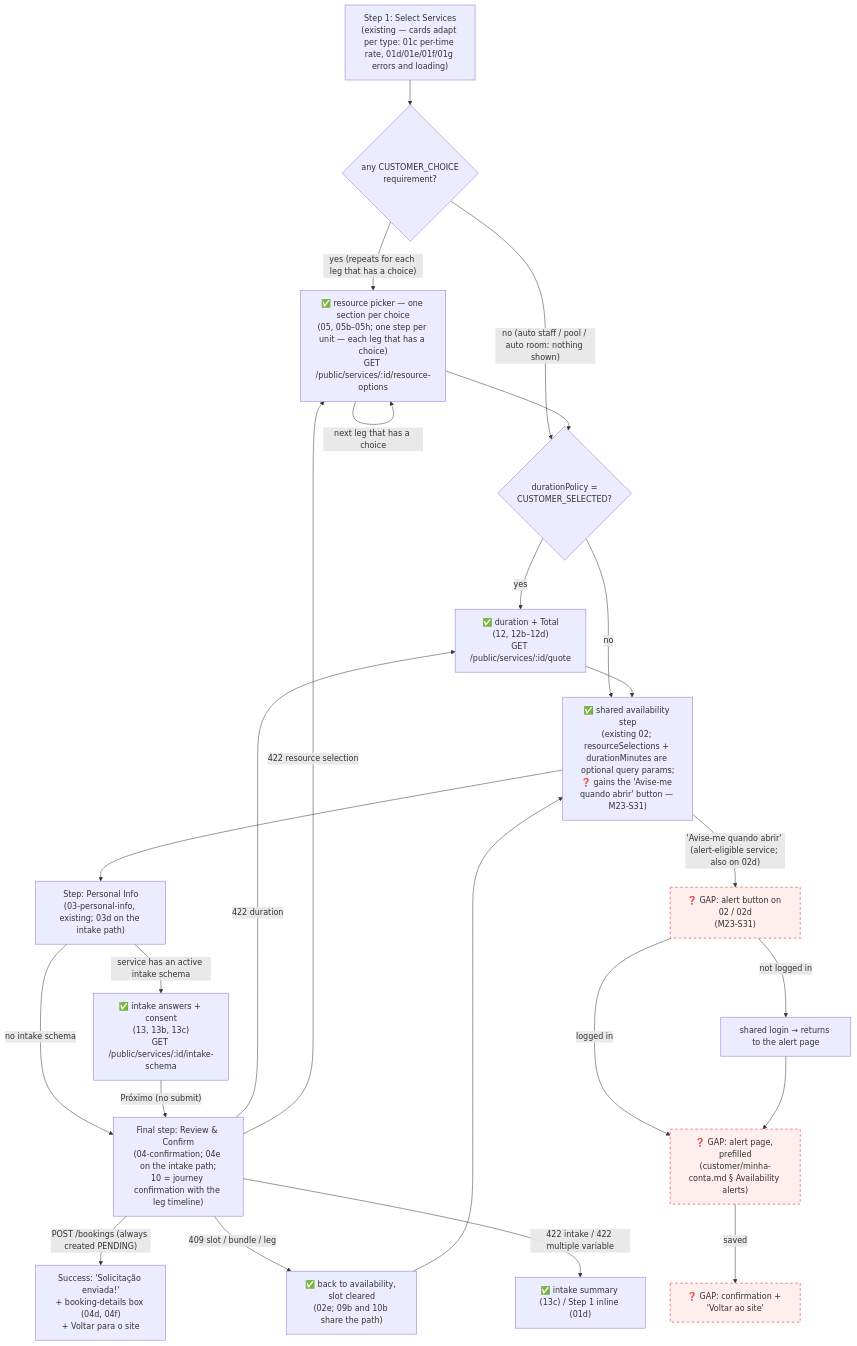
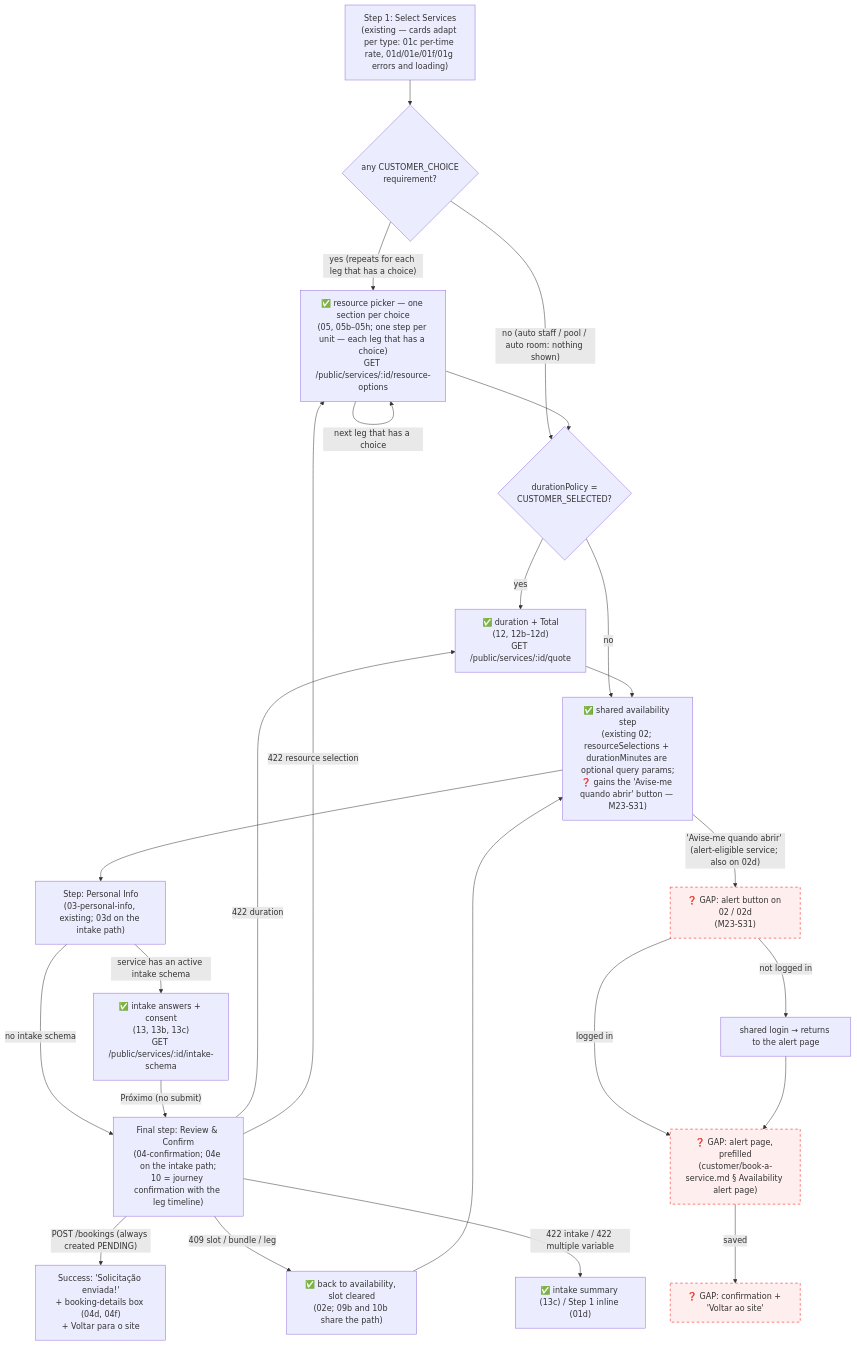
Before and after one commit to lmmoreira/ikaro: the second of 2 diagrams in plan/journey/guest/book-a-service.md, drawn with Mermaid. The commit also changed other lines of this file and 27 other files, not shown here.

First line of the commit message:
docs(plan): move the M23-S31 alert page into the booking flow, branded and login-only

````diff
--- a/plan/journey/guest/book-a-service.md
+++ b/plan/journey/guest/book-a-service.md
@@ -59,30 +59,30 @@
 ```mermaid
 flowchart TD
     classDef gap stroke:#f00,stroke-dasharray: 5 5,fill:#fee
 
     S1b["Step 1: Select Services<br/>(existing — cards adapt per type: 01c per-time rate, 01d/01e/01f/01g errors and loading)"] --> HasChoice{"any CUSTOMER_CHOICE<br/>requirement?"}
     HasChoice -- "yes (repeats for each leg that has a choice)" --> Picker["✅ resource picker — one section per choice<br/>(05, 05b–05h; one step per unit — each leg that has a choice)<br/>GET /public/services/:id/resource-options"]
     HasChoice -- "no (auto staff / pool / auto room: nothing shown)" --> HasDuration
     Picker -->|"next leg that has a choice"| Picker
     Picker --> HasDuration{"durationPolicy =<br/>CUSTOMER_SELECTED?"}
     HasDuration -- "yes" --> Duration["✅ duration + Total<br/>(12, 12b–12d)<br/>GET /public/services/:id/quote"]
     HasDuration -- "no" --> Availability
     Duration --> Availability["✅ shared availability step<br/>(existing 02; resourceSelections + durationMinutes are optional query params;<br/>❓ gains the 'Avise-me quando abrir' button — M23-S31)"]
 
     Availability --> S3m["Step: Personal Info<br/>(03-personal-info, existing; 03d on the intake path)"]
     Availability -->|"'Avise-me quando abrir' (alert-eligible service; also on 02d)"| AlertBtn["❓ GAP: alert button on 02 / 02d<br/>(M23-S31)"]
     AlertBtn -->|"not logged in"| AlertLogin["shared login → returns to the alert page"]
-    AlertBtn -->|"logged in"| AlertPage["❓ GAP: alert page, prefilled<br/>(customer/minha-conta.md § Availability alerts)"]
+    AlertBtn -->|"logged in"| AlertPage["❓ GAP: alert page, prefilled<br/>(customer/book-a-service.md § Availability alert page)"]
     AlertLogin --> AlertPage
     AlertPage -->|"saved"| AlertDone["❓ GAP: confirmation + 'Voltar ao site'"]
     class AlertBtn,AlertPage,AlertDone gap
     S3m -->|"service has an active intake schema"| Intake["✅ intake answers + consent<br/>(13, 13b, 13c)<br/>GET /public/services/:id/intake-schema"]
     S3m -->|"no intake schema"| Confirm
     Intake -->|"Próximo (no submit)"| Confirm["Final step: Review & Confirm<br/>(04-confirmation; 04e on the intake path;<br/>10 = journey confirmation with the leg timeline)"]
     Confirm -->|"POST /bookings (always created PENDING)"| Done["Success: 'Solicitação enviada!'<br/>+ booking-details box (04d, 04f)<br/>+ Voltar para o site"]
     Confirm -->|"409 slot / bundle / leg"| BackAvail["✅ back to availability, slot cleared<br/>(02e; 09b and 10b share the path)"]
     Confirm -->|"422 duration"| Duration
     Confirm -->|"422 resource selection"| Picker
     Confirm -->|"422 intake / 422 multiple variable"| Errors["✅ intake summary (13c) / Step 1 inline (01d)"]
     BackAvail --> Availability
 ```
````
